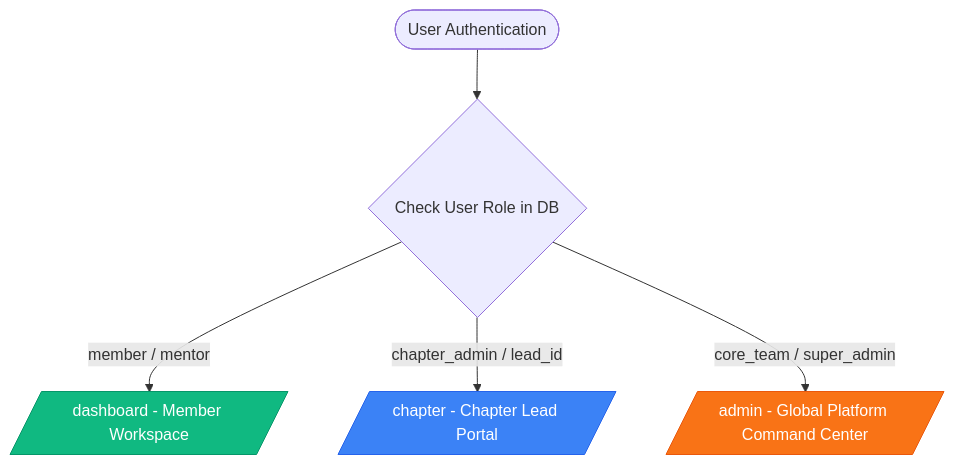
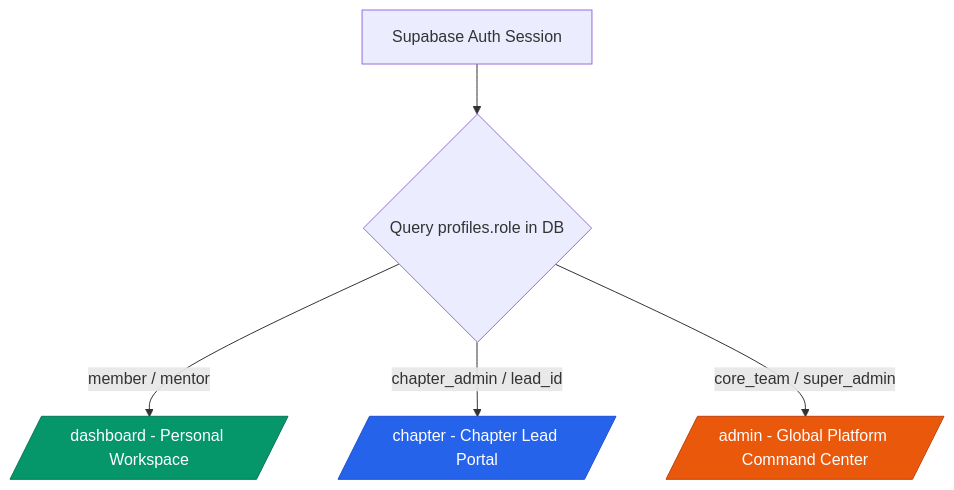
Before and after one commit to HeapifyGlobalCommunityy/Heapify-platform: the first of 2 diagrams in repo_status_and_roadmap.md, drawn with Mermaid. The commit also changed other lines of this file, not shown here.

````diff
--- a/repo_status_and_roadmap.md
+++ b/repo_status_and_roadmap.md
@@ -49,15 +41,15 @@
 ```mermaid
 graph TD
-    User([User Authentication]) --> RoleCheck{Check User Role in DB}
-    RoleCheck -->|member / mentor| Dashboard[/dashboard - Member Workspace/]
-    RoleCheck -->|chapter_admin / lead_id| ChapterPortal[/chapter - Chapter Lead Portal/]
-    RoleCheck -->|core_team / super_admin| AdminPanel[/admin - Global Platform Command Center/]
+    AuthCheck[Supabase Auth Session] --> ProfileFetch{Query profiles.role in DB}
+    ProfileFetch -->|member / mentor| MemberWS[/dashboard - Personal Workspace/]
+    ProfileFetch -->|chapter_admin / lead_id| ChapterPortal[/chapter - Chapter Lead Portal/]
+    ProfileFetch -->|core_team / super_admin| AdminPanel[/admin - Global Platform Command Center/]
 
-    classDef admin fill:#f97316,stroke:#ea580c,color:#ffffff;
-    classDef chapter fill:#3b82f6,stroke:#2563eb,color:#ffffff;
-    classDef member fill:#10b981,stroke:#059669,color:#ffffff;
+    classDef admin fill:#ea580c,stroke:#c2410c,color:#ffffff;
+    classDef chapter fill:#2563eb,stroke:#1d4ed8,color:#ffffff;
+    classDef member fill:#059669,stroke:#047857,color:#ffffff;
 
     class AdminPanel admin;
     class ChapterPortal chapter;
-    class Dashboard member;
+    class MemberWS member;
 ```
````
